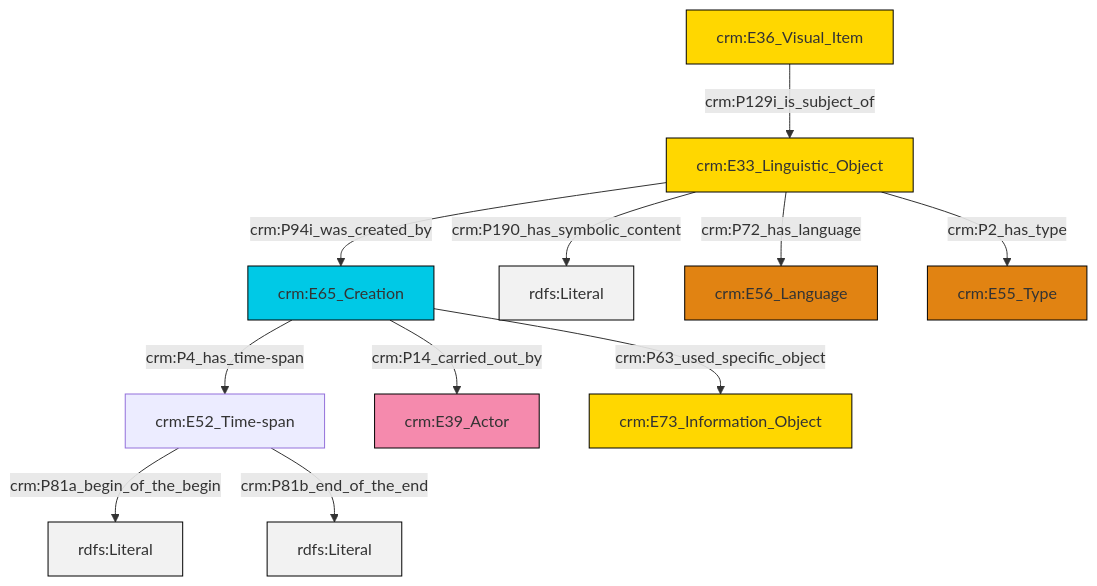
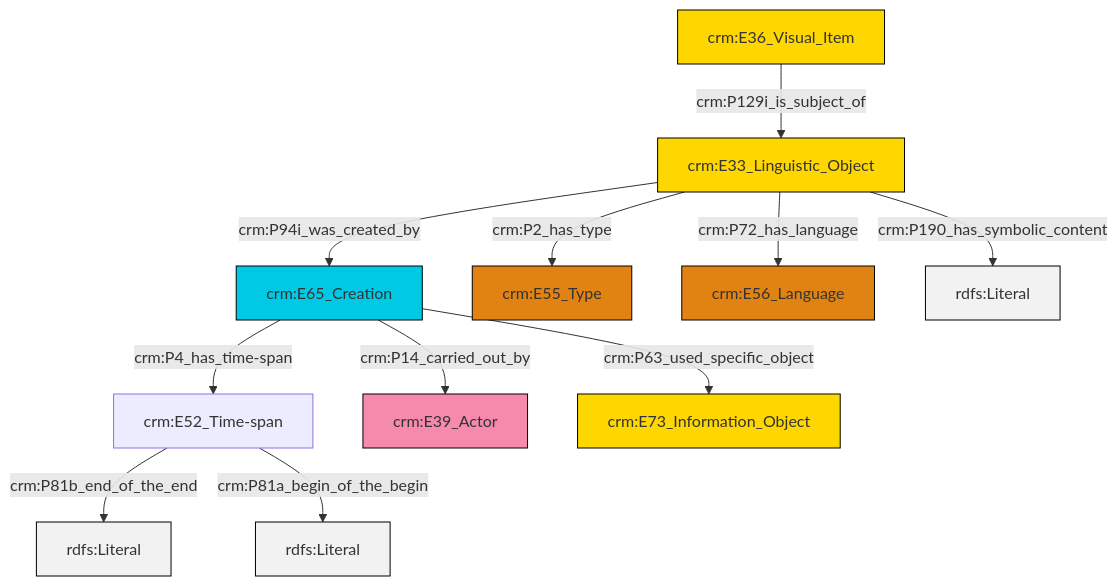
Before and after one commit to swiss-art-research-net/docs.swissartresearch: the diagram in et/imgCSV/ttl/mmd/img_desc.ttl.mmd, drawn with Mermaid. The commit also changed 175 other files, not shown here.

```diff
--- a/et/imgCSV/ttl/mmd/img_desc.ttl.mmd
+++ b/et/imgCSV/ttl/mmd/img_desc.ttl.mmd
@@ -1,25 +1,25 @@
 graph TD
 classDef Literal fill:#f2f2f2,stroke:#000000;
 classDef CRM_Entity fill:#FFFFFF,stroke:#000000;
 classDef Temporal_Entity fill:#00C9E6, stroke:#000000;
 classDef Type fill:#E18312, stroke:#000000;
 classDef Time-Span fill:#2C9C91, stroke:#000000;
 classDef Appellation fill:#FFEB7F, stroke:#000000;
 classDef Place fill:#008836, stroke:#000000;
 classDef Persistent_Item fill:#B266B2, stroke:#000000;
 classDef Conceptual_Object fill:#FFD700, stroke:#000000;
 classDef Physical_Thing fill:#D2B48C, stroke:#000000;
 classDef Actor fill:#f58aad, stroke:#000000;
 classDef PC_Classes fill:#4ce600, stroke:#000000;
 classDef Multi fill:#cccccc,stroke:#000000;
 
-0["crm:E33_Linguistic_Object"]:::Conceptual_Object -->|crm:P94i_was_created_by| 1["crm:E65_Creation"]:::Temporal_Entity
-2["crm:E52_Time-span"]:::Default -->|crm:P81a_begin_of_the_begin| 6[rdfs:Literal]:::Literal
-0["crm:E33_Linguistic_Object"]:::Conceptual_Object -->|crm:P190_has_symbolic_content| 9[rdfs:Literal]:::Literal
-0["crm:E33_Linguistic_Object"]:::Conceptual_Object -->|crm:P72_has_language| 10["crm:E56_Language"]:::Type
-1["crm:E65_Creation"]:::Temporal_Entity -->|crm:P63_used_specific_object| 11["crm:E73_Information_Object"]:::Conceptual_Object
-2["crm:E52_Time-span"]:::Default -->|crm:P81b_end_of_the_end| 12[rdfs:Literal]:::Literal
-4["crm:E36_Visual_Item"]:::Conceptual_Object -->|crm:P129i_is_subject_of| 0["crm:E33_Linguistic_Object"]:::Conceptual_Object
-1["crm:E65_Creation"]:::Temporal_Entity -->|crm:P14_carried_out_by| 7["crm:E39_Actor"]:::Actor
-0["crm:E33_Linguistic_Object"]:::Conceptual_Object -->|crm:P2_has_type| 14["crm:E55_Type"]:::Type
-1["crm:E65_Creation"]:::Temporal_Entity -->|crm:P4_has_time-span| 2["crm:E52_Time-span"]:::Default
+0["crm:E65_Creation"]:::Temporal_Entity -->|crm:P4_has_time-span| 4["crm:E52_Time-span"]:::Default
+7["crm:E33_Linguistic_Object"]:::Conceptual_Object -->|crm:P72_has_language| 8["crm:E56_Language"]:::Type
+7["crm:E33_Linguistic_Object"]:::Conceptual_Object -->|crm:P2_has_type| 2["crm:E55_Type"]:::Type
+7["crm:E33_Linguistic_Object"]:::Conceptual_Object -->|crm:P94i_was_created_by| 0["crm:E65_Creation"]:::Temporal_Entity
+4["crm:E52_Time-span"]:::Default -->|crm:P81b_end_of_the_end| 9[rdfs:Literal]:::Literal
+0["crm:E65_Creation"]:::Temporal_Entity -->|crm:P14_carried_out_by| 11["crm:E39_Actor"]:::Actor
+0["crm:E65_Creation"]:::Temporal_Entity -->|crm:P63_used_specific_object| 12["crm:E73_Information_Object"]:::Conceptual_Object
+7["crm:E33_Linguistic_Object"]:::Conceptual_Object -->|crm:P190_has_symbolic_content| 14[rdfs:Literal]:::Literal
+5["crm:E36_Visual_Item"]:::Conceptual_Object -->|crm:P129i_is_subject_of| 7["crm:E33_Linguistic_Object"]:::Conceptual_Object
+4["crm:E52_Time-span"]:::Default -->|crm:P81a_begin_of_the_begin| 16[rdfs:Literal]:::Literal
```
